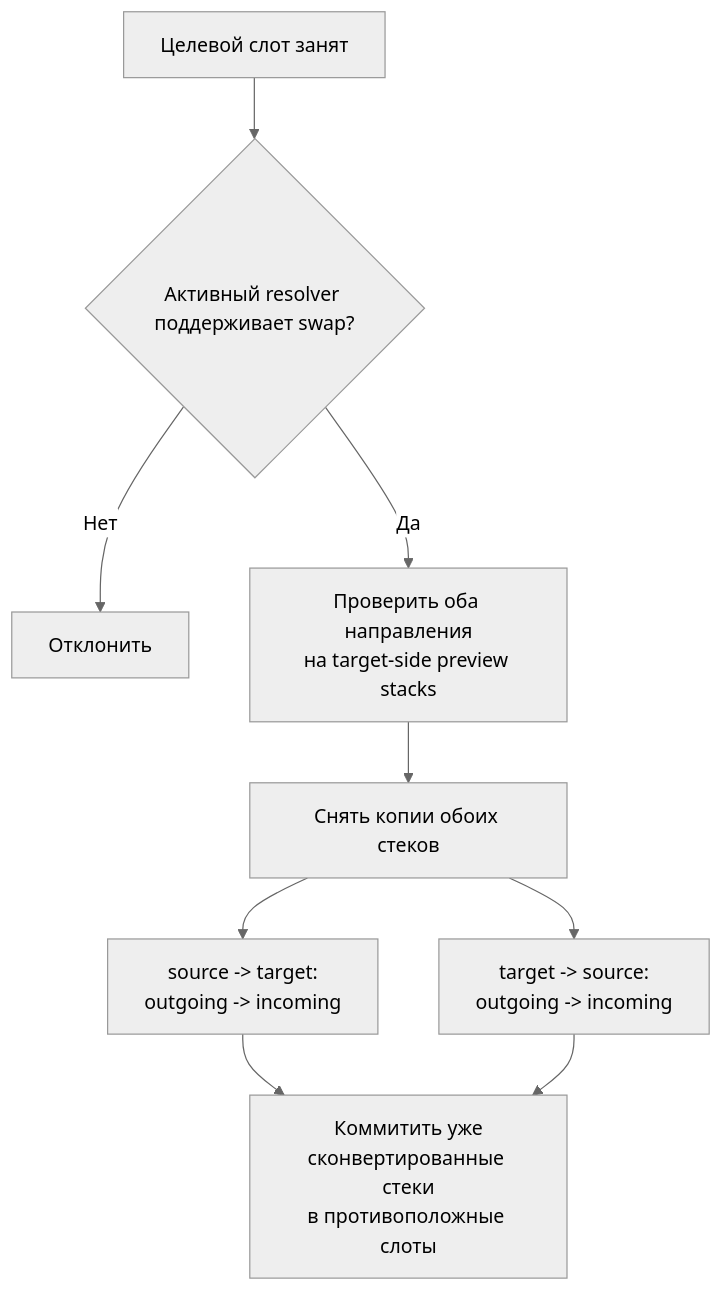
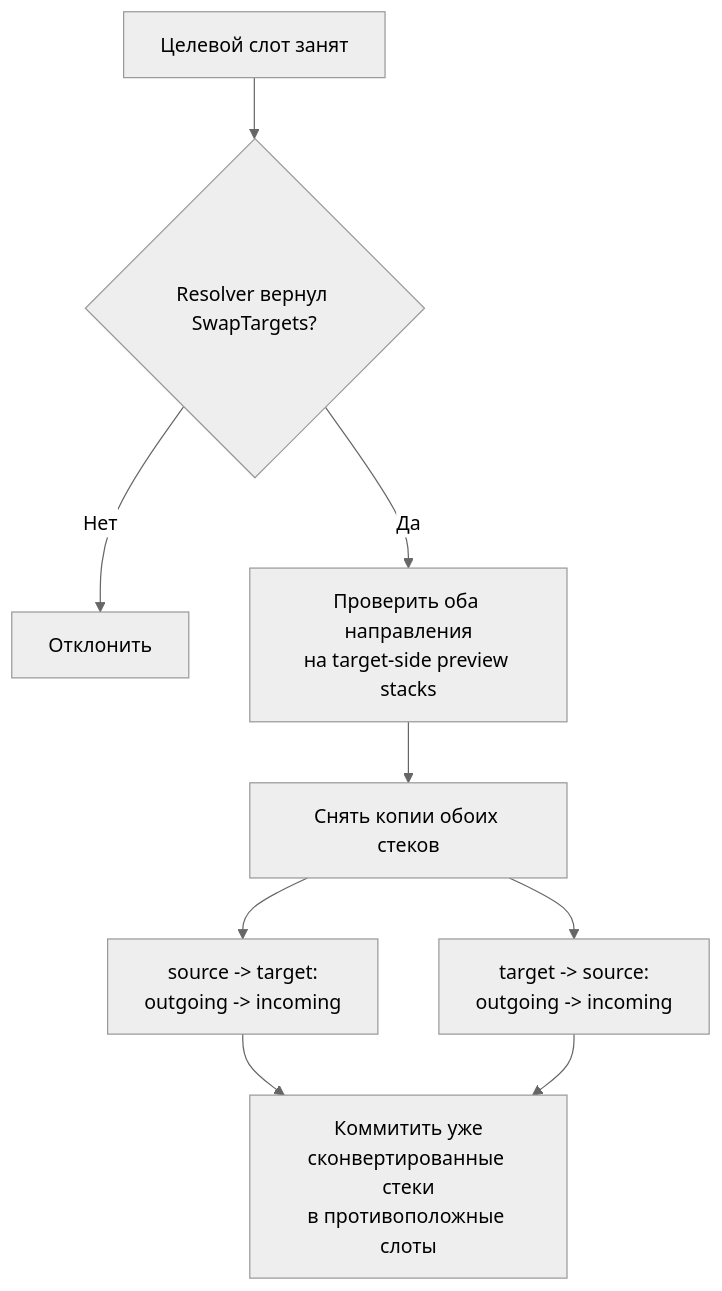
Before and after one commit to SergeevSergey99/DragAndDropSystem-Docs: the eighth of 8 diagrams in .docs/content/architecture/transfer-pipeline.ru.md, drawn with Mermaid (neutral theme). The commit also changed other lines of this file and 8 other files, not shown here.

````diff
--- a/.docs/content/architecture/transfer-pipeline.ru.md
+++ b/.docs/content/architecture/transfer-pipeline.ru.md
@@ -337,11 +342,11 @@
 ```mermaid
 flowchart TD
-    A["Целевой слот занят"] --> B{"Активный resolver поддерживает swap?"}
+    A["Целевой слот занят"] --> B{"Resolver вернул SwapTargets?"}
     B -->|Нет| C["Отклонить"]
     B -->|Да| D["Проверить оба направления\nна target-side preview stacks"]
     D --> E["Снять копии обоих стеков"]
     E --> F["source -> target:\noutgoing -> incoming"]
     E --> G["target -> source:\noutgoing -> incoming"]
     F --> H["Коммитить уже\nсконвертированные стеки\nв противоположные слоты"]
     G --> H
 ```
````
